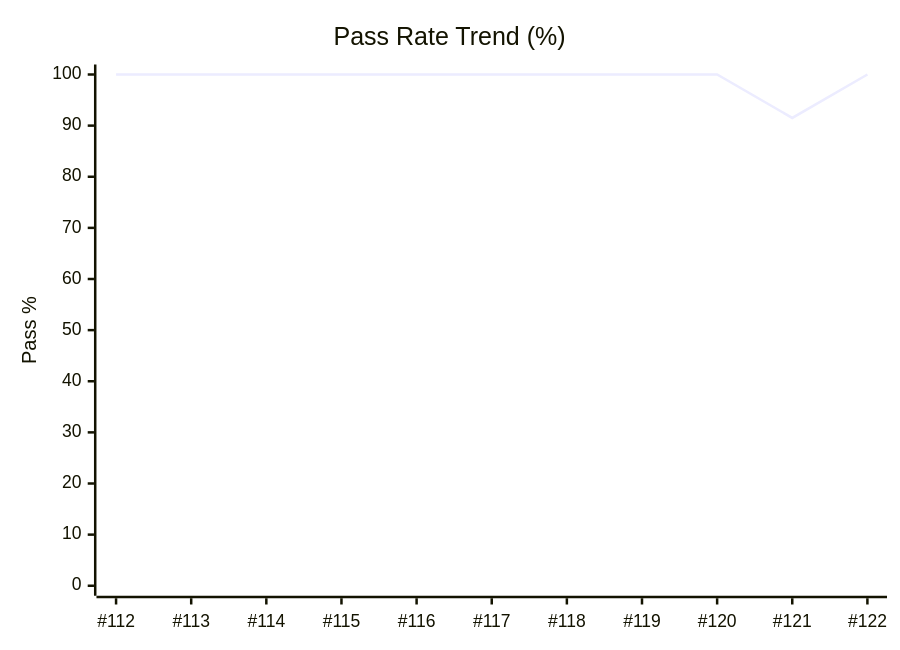
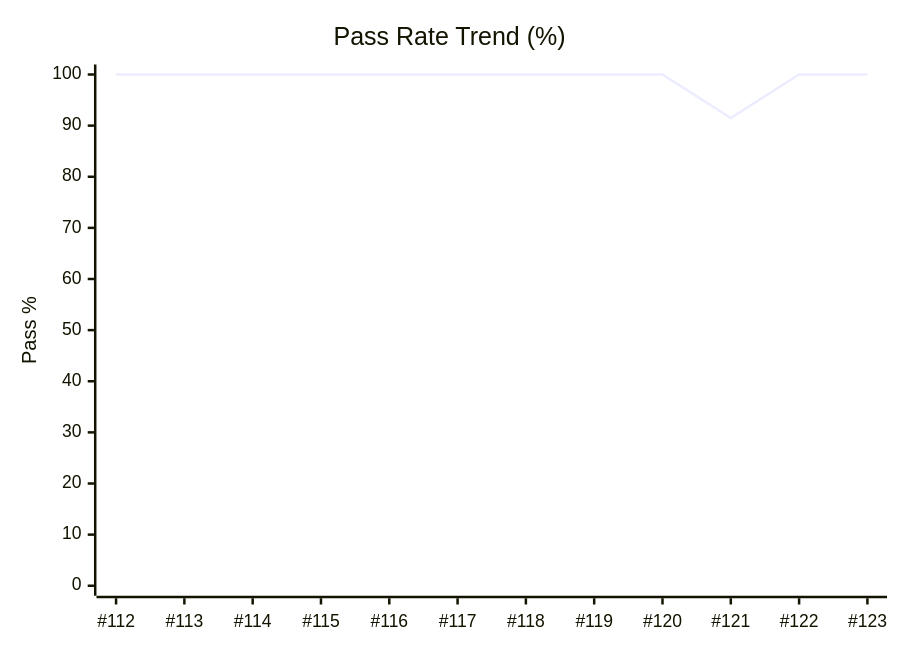
Before and after one commit to karimarie67/QA-boost: the diagram in dashboards/qa-metrics.md, drawn with Mermaid. The commit also changed other lines of this file and 2 other files, not shown here.

````diff
--- a/dashboards/qa-metrics.md
+++ b/dashboards/qa-metrics.md
@@ -37,7 +37,7 @@
 ```mermaid
 xychart-beta
     title "Pass Rate Trend (%)"
-    x-axis [#112, #113, #114, #115, #116, #117, #118, #119, #120, #121, #122]
+    x-axis [#112, #113, #114, #115, #116, #117, #118, #119, #120, #121, #122, #123]
     y-axis "Pass %" 0 --> 100
-    line [100.0, 100.0, 100.0, 100.0, 100.0, 100.0, 100.0, 100.0, 100.0, 91.5, 100.0]
+    line [100.0, 100.0, 100.0, 100.0, 100.0, 100.0, 100.0, 100.0, 100.0, 91.5, 100.0, 100.0]
 ```
````
